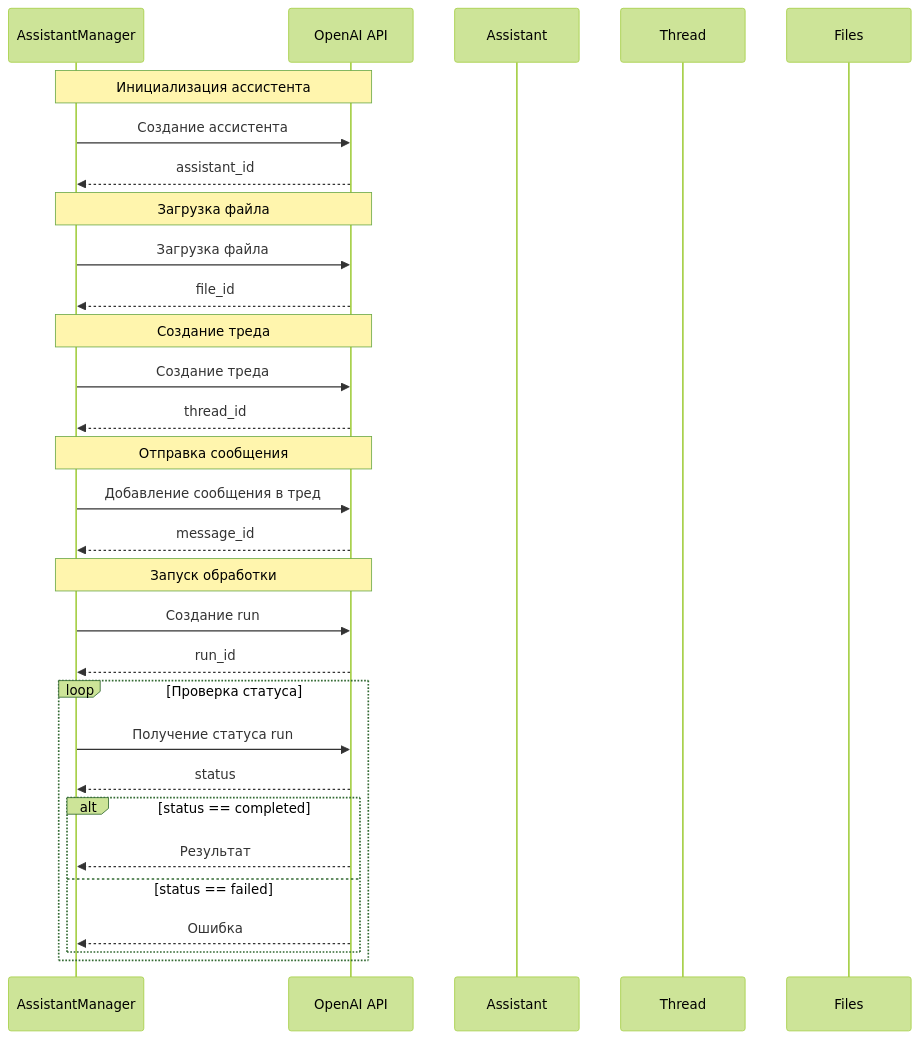
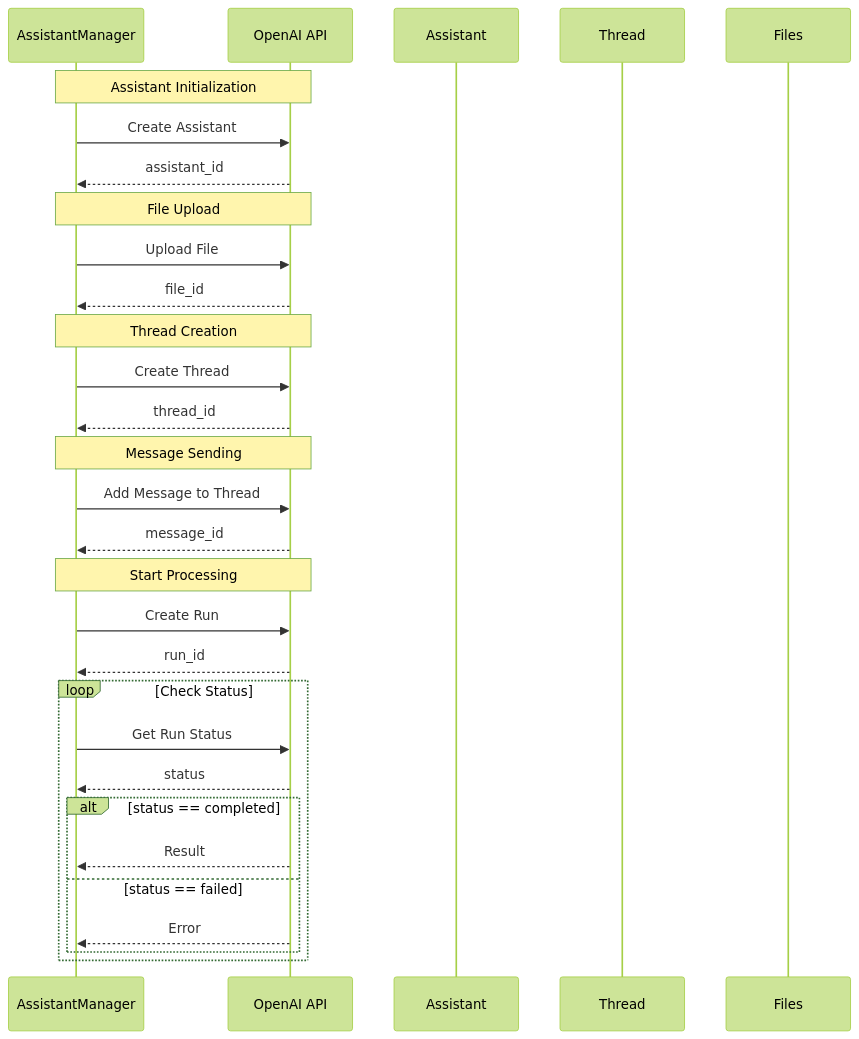
One commit to olegische/roro-tasks changed the second of 7 diagrams in docs-task/document_processor_v2/ARCHITECTURE.md. Above: the diagram before and after it, drawn with Mermaid (forest theme). The commit also changed other lines of this file, not shown here.

````diff
--- a/docs-task/document_processor_v2/ARCHITECTURE.md
+++ b/docs-task/document_processor_v2/ARCHITECTURE.md
@@ -30,38 +30,38 @@
 ```mermaid
 sequenceDiagram
     participant AM as AssistantManager
     participant API as OpenAI API
     participant AS as Assistant
     participant TH as Thread
     participant FL as Files
 
-    Note over AM,API: Инициализация ассистента
-    AM->>API: Создание ассистента
+    Note over AM,API: Assistant Initialization
+    AM->>API: Create Assistant
     API-->>AM: assistant_id
     
-    Note over AM,API: Загрузка файла
-    AM->>API: Загрузка файла
+    Note over AM,API: File Upload
+    AM->>API: Upload File
     API-->>AM: file_id
     
-    Note over AM,API: Создание треда
-    AM->>API: Создание треда
+    Note over AM,API: Thread Creation
+    AM->>API: Create Thread
     API-->>AM: thread_id
     
-    Note over AM,API: Отправка сообщения
-    AM->>API: Добавление сообщения в тред
+    Note over AM,API: Message Sending
+    AM->>API: Add Message to Thread
     API-->>AM: message_id
     
-    Note over AM,API: Запуск обработки
-    AM->>API: Создание run
+    Note over AM,API: Start Processing
+    AM->>API: Create Run
     API-->>AM: run_id
     
-    loop Проверка статуса
-        AM->>API: Получение статуса run
+    loop Check Status
+        AM->>API: Get Run Status
         API-->>AM: status
         alt status == completed
-            API-->>AM: Результат
+            API-->>AM: Result
         else status == failed
-            API-->>AM: Ошибка
+            API-->>AM: Error
         end
     end
 ```
````
